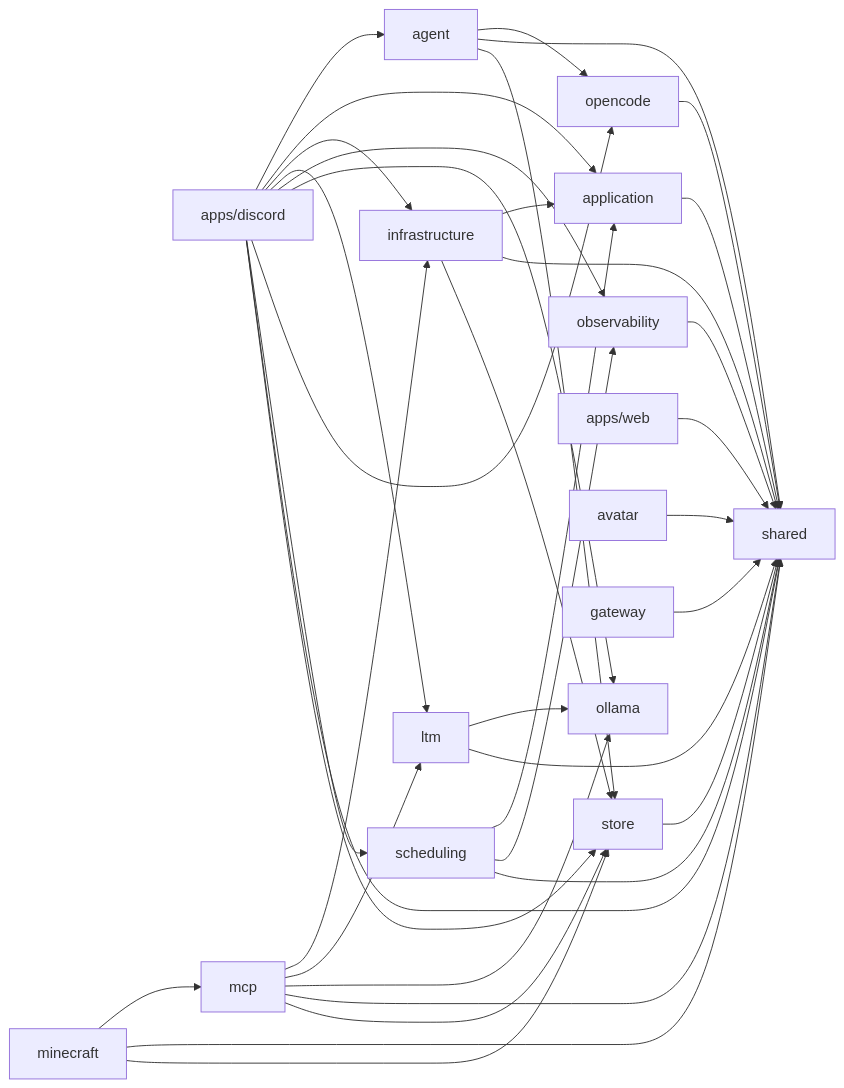
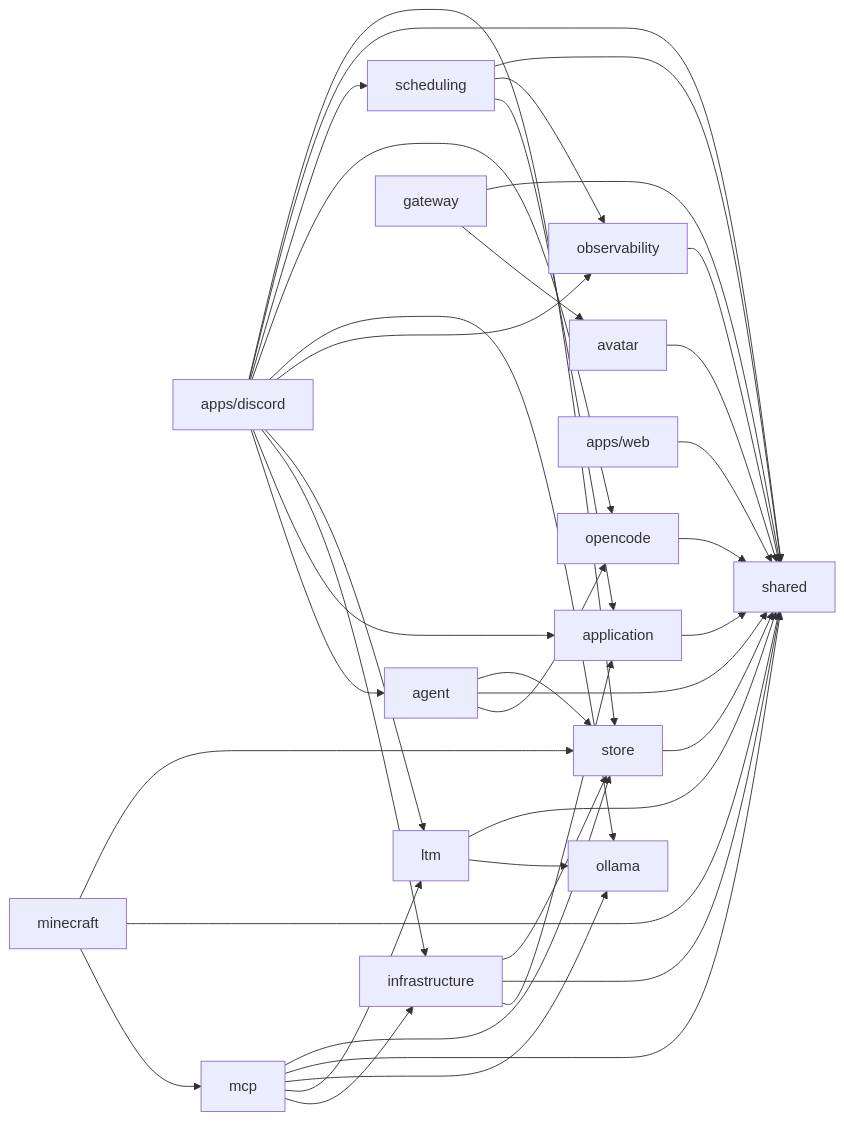
The diagram in docs/DEPS.md (OJII3/vicissitude), drawn with Mermaid before and after one commit. The commit also changed other lines of this file and 9 other files, not shown here.

````diff
--- a/docs/DEPS.md
+++ b/docs/DEPS.md
@@ -7,41 +7,42 @@
 ```mermaid
 graph LR
   agent --> opencode
   agent --> shared
   agent --> store
   application --> shared
   apps_discord["apps/discord"] --> agent
   apps_discord["apps/discord"] --> application
   apps_discord["apps/discord"] --> infrastructure
   apps_discord["apps/discord"] --> ltm
   apps_discord["apps/discord"] --> observability
   apps_discord["apps/discord"] --> ollama
   apps_discord["apps/discord"] --> opencode
   apps_discord["apps/discord"] --> scheduling
   apps_discord["apps/discord"] --> shared
   apps_discord["apps/discord"] --> store
   apps_web["apps/web"] --> shared
   avatar --> shared
+  gateway --> avatar
   gateway --> shared
   infrastructure --> application
   infrastructure --> shared
   infrastructure --> store
   ltm --> ollama
   ltm --> shared
   mcp --> infrastructure
   mcp --> ltm
   mcp --> ollama
   mcp --> shared
   mcp --> store
   minecraft --> mcp
   minecraft --> shared
   minecraft --> store
   observability --> shared
   ollama
   opencode --> shared
   scheduling --> application
   scheduling --> observability
   scheduling --> shared
   shared
   store --> shared
 ```
````
